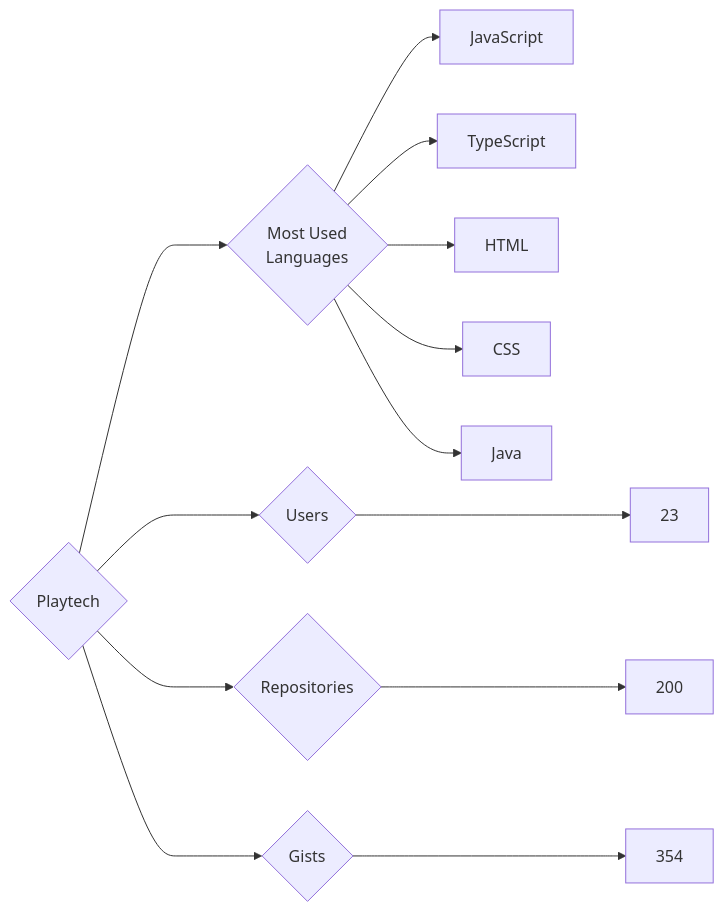
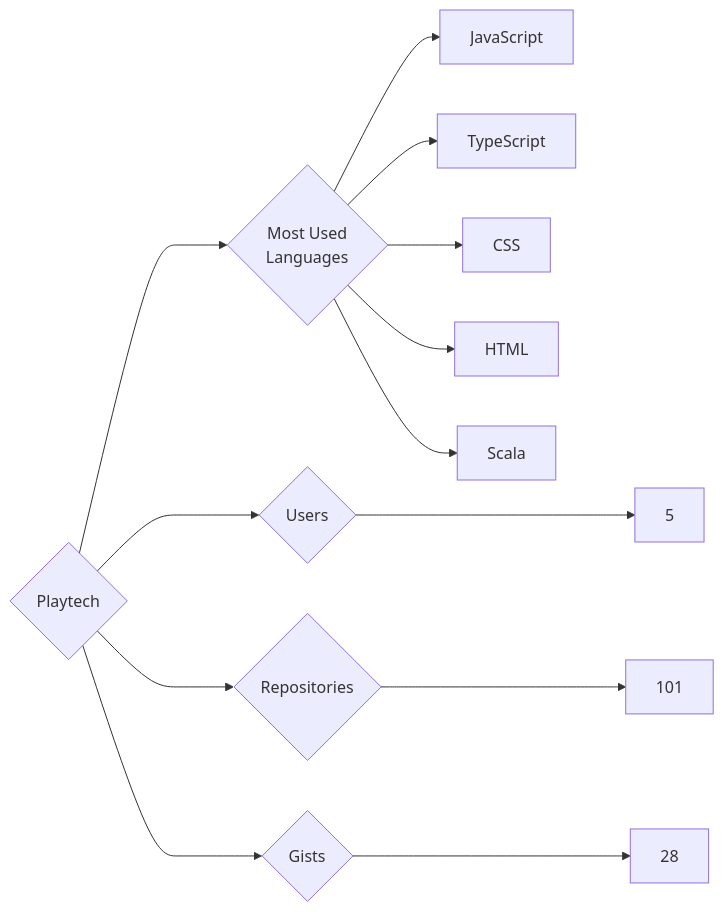
One commit to trickest/insiders changed the diagram in targets/Playtech/README.md. Above: the diagram before and after it, drawn with Mermaid. The commit also changed 444 other files, not shown here.

````diff
--- a/targets/Playtech/README.md
+++ b/targets/Playtech/README.md
@@ -3,13 +3,13 @@
 ```mermaid
 graph LR
 COMPANY_NAME{Playtech}
-COMPANY_NAME ---> U{Users} ---> UN[23]
-COMPANY_NAME ---> R{Repositories} ---> RN[200]
-COMPANY_NAME ---> G{Gists} ---> GN[354]
+COMPANY_NAME ---> U{Users} ---> UN[5]
+COMPANY_NAME ---> R{Repositories} ---> RN[101]
+COMPANY_NAME ---> G{Gists} ---> GN[28]
 COMPANY_NAME ---> ML{Most Used<br>Languages}
 ML --> JavaScript[JavaScript]
 ML --> TypeScript[TypeScript]
+ML --> CSS[CSS]
 ML --> HTML[HTML]
-ML --> CSS[CSS]
-ML --> Java[Java]
+ML --> Scala[Scala]
 ```
````
